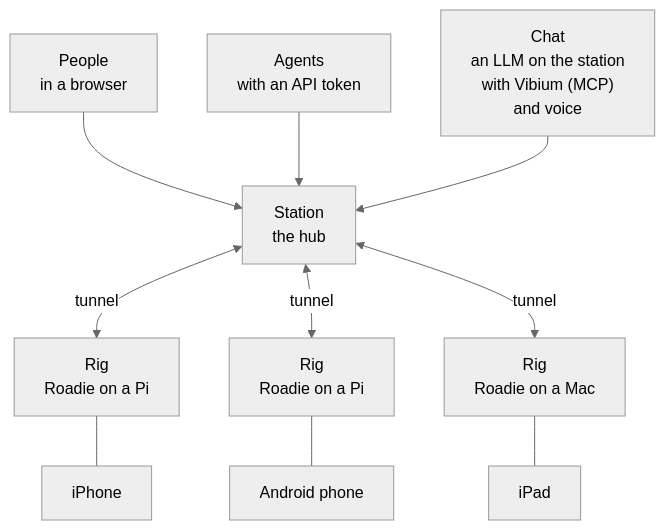
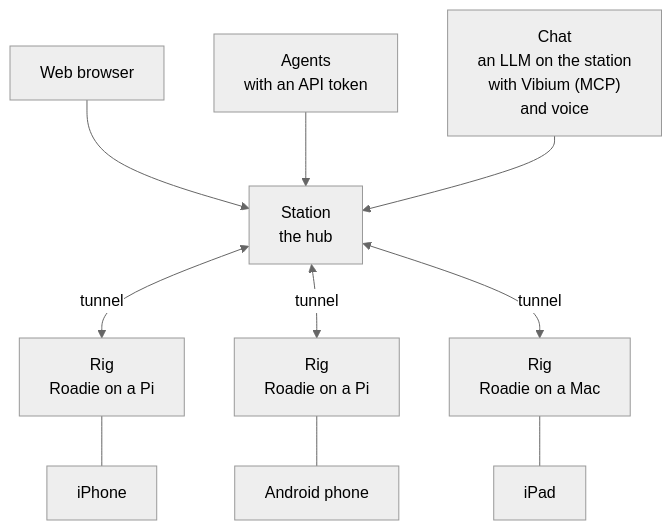
The diagram in README.md (VibiumDev/station), drawn with Mermaid (neutral theme) before and after one commit.

Commit message:
README: Web browser

````diff
--- a/README.md
+++ b/README.md
@@ -12,23 +12,23 @@
 ```mermaid
 flowchart TB
-    P["People<br/>in a browser"]
+    P["Web browser"]
     A["Agents<br/>with an API token"]
     C["Chat<br/>an LLM on the station<br/>with Vibium (MCP)<br/>and voice"]
     S["Station<br/>the hub"]
     R1["Rig<br/>Roadie on a Pi"]
     R2["Rig<br/>Roadie on a Pi"]
     R3["Rig<br/>Roadie on a Mac"]
     D1["iPhone"]
     D2["Android phone"]
     D3["iPad"]
 
     P --> S
     A --> S
     C --> S
     S <-- "tunnel" --> R1
     S <-- "tunnel" --> R2
     S <-- "tunnel" --> R3
     R1 --- D1
     R2 --- D2
     R3 --- D3
 ```
````
